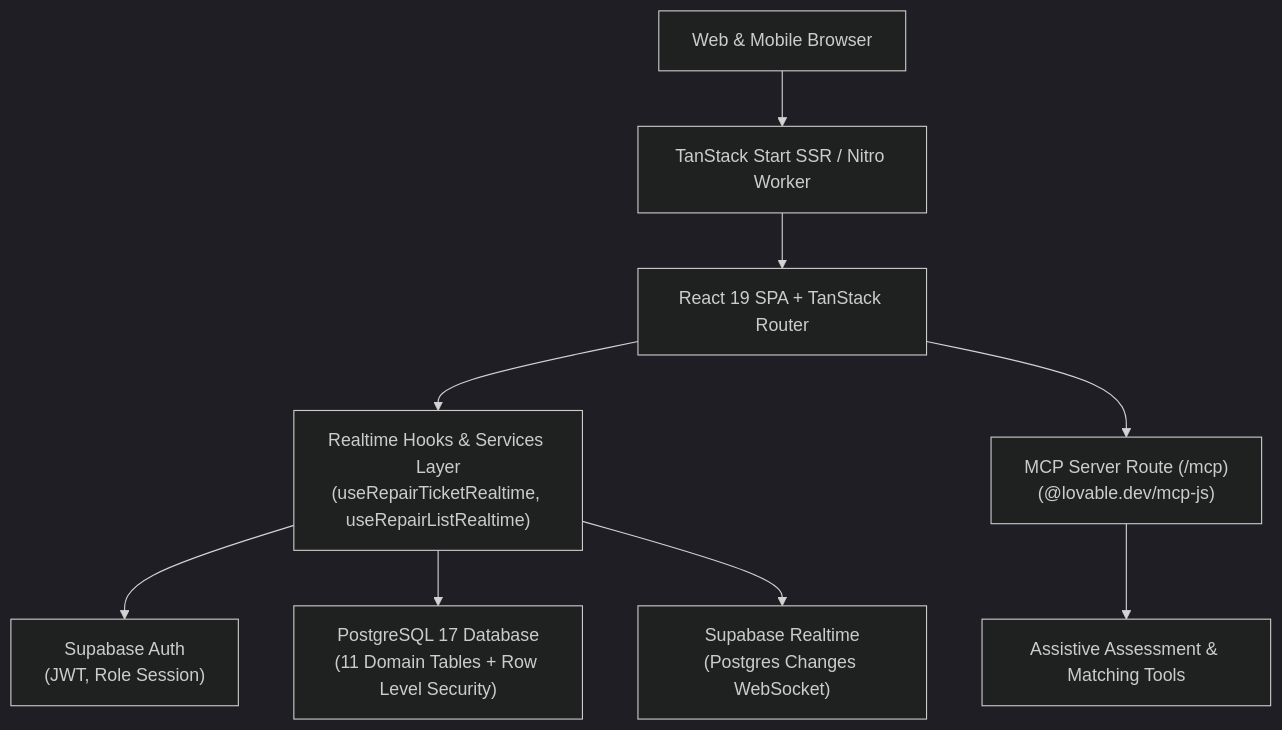
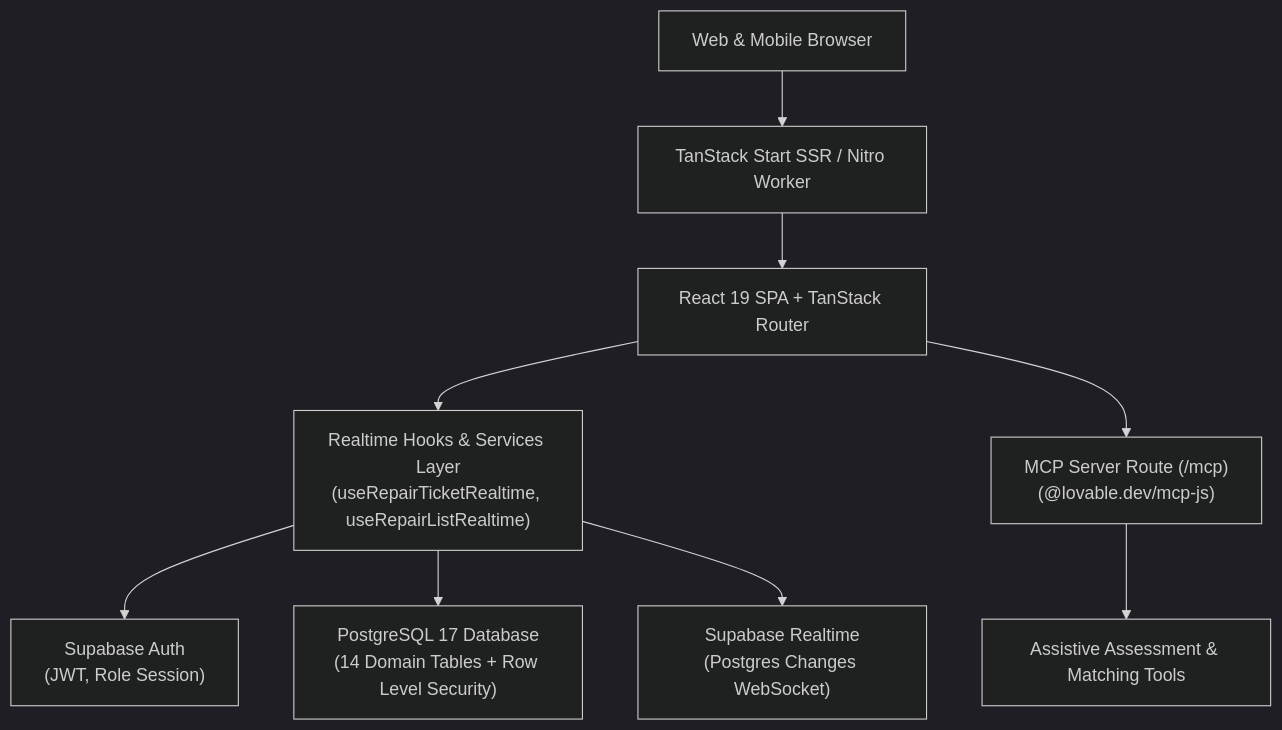
One commit to ankitchamke/TerraByte changed the second of 3 diagrams in README.md. Above: the diagram before and after it, drawn with Mermaid (dark theme). The commit also changed other lines of this file and 16 other files, not shown here.

````diff
--- a/README.md
+++ b/README.md
@@ -118,14 +120,14 @@
 ```mermaid
 graph TD
     User["Web & Mobile Browser"] --> SSR["TanStack Start SSR / Nitro Worker"]
     SSR --> ReactApp["React 19 SPA + TanStack Router"]
 
     ReactApp --> ClientHooks["Realtime Hooks & Services Layer<br/>(useRepairTicketRealtime, useRepairListRealtime)"]
 
     ClientHooks --> SupaAuth["Supabase Auth<br/>(JWT, Role Session)"]
-    ClientHooks --> SupaDB["PostgreSQL 17 Database<br/>(11 Domain Tables + Row Level Security)"]
+    ClientHooks --> SupaDB["PostgreSQL 17 Database<br/>(14 Domain Tables + Row Level Security)"]
     ClientHooks --> SupaRT["Supabase Realtime<br/>(Postgres Changes WebSocket)"]
 
     ReactApp --> MCPEndpoint["MCP Server Route (/mcp)<br/>(@lovable.dev/mcp-js)"]
     MCPEndpoint --> DiagnosticEngine["Assistive Assessment & Matching Tools"]
 ```
````
